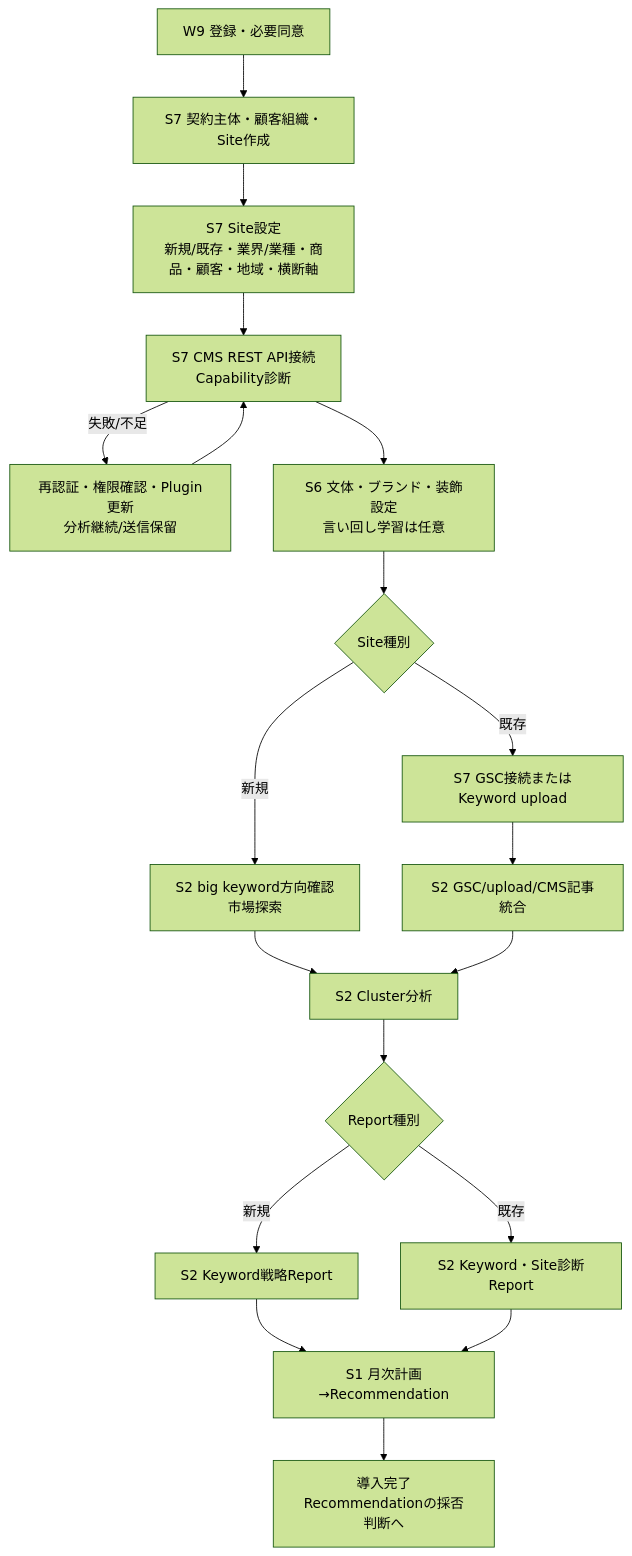
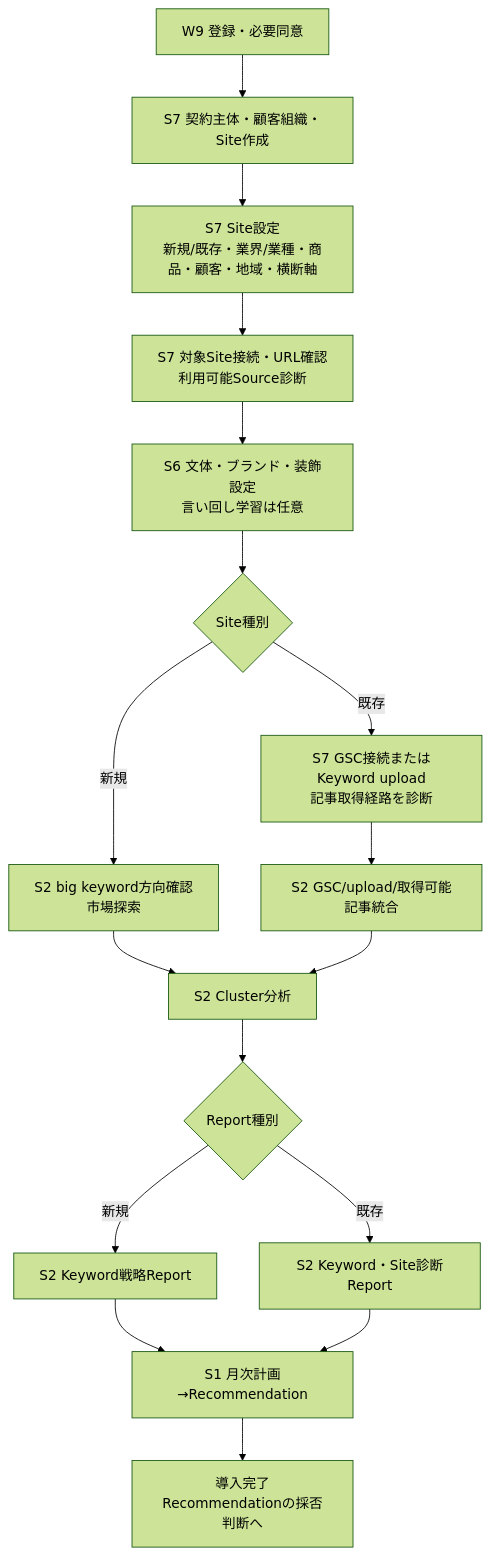
One commit to unison-ai-product/AI-Office-de-SEO changed diagram 11 of 13 in docs/design/ai-office-de-seo/L3-ui-prototype/ai-office-de-seo-screen-flow_v3.7.md. Above: the diagram before and after it, drawn with Mermaid (forest theme). The commit also changed other lines of this file and 7 other files, not shown here.

````diff
--- a/docs/design/ai-office-de-seo/L3-ui-prototype/ai-office-de-seo-screen-flow_v3.7.md
+++ b/docs/design/ai-office-de-seo/L3-ui-prototype/ai-office-de-seo-screen-flow_v3.7.md
@@ -228,20 +235,19 @@
 ```mermaid
 flowchart TD
   A[W9 登録・必要同意] --> B[S7 契約主体・顧客組織・Site作成]
   B --> C[S7 Site設定<br/>新規/既存・業界/業種・商品・顧客・地域・横断軸]
-  C --> D[S7 CMS REST API接続<br/>Capability診断]
-  D -->|失敗/不足| D2[再認証・権限確認・Plugin更新<br/>分析継続/送信保留] --> D
+  C --> D[S7 対象Site接続・URL確認<br/>利用可能Source診断]
   D --> E[S6 文体・ブランド・装飾設定<br/>言い回し学習は任意]
   E --> F{Site種別}
   F -->|新規| G[S2 big keyword方向確認<br/>市場探索]
-  F -->|既存| H[S7 GSC接続またはKeyword upload]
-  H --> I[S2 GSC/upload/CMS記事統合]
+  F -->|既存| H[S7 GSC接続またはKeyword upload<br/>記事取得経路を診断]
+  H --> I[S2 GSC/upload/取得可能記事統合]
   G --> J[S2 Cluster分析]
   I --> J
   J --> K{Report種別}
   K -->|新規| L[S2 Keyword戦略Report]
   K -->|既存| M[S2 Keyword・Site診断Report]
   L --> N[S1 月次計画→Recommendation]
   M --> N
   N --> END[導入完了<br/>Recommendationの採否判断へ]
 ```
````
